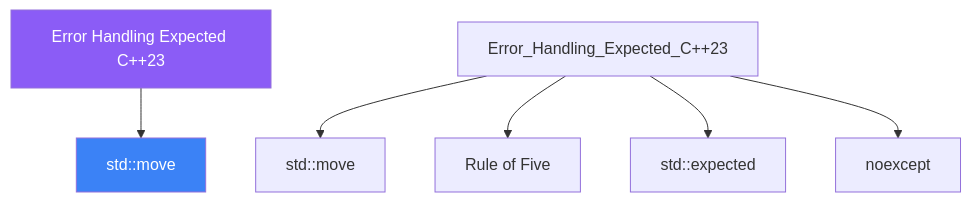
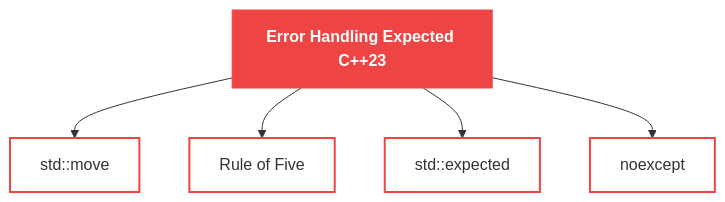
The diagram in mkdocs-site/docs/days/day-15/02-definition.md (AI-Maddy/Learn-Modern-CPP-OOP-30-Days), drawn with Mermaid before and after one commit. The commit also changed 99 other files, not shown here.

````diff
--- a/mkdocs-site/docs/days/day-15/02-definition.md
+++ b/mkdocs-site/docs/days/day-15/02-definition.md
@@ -104,10 +104,12 @@
 ```mermaid
 graph TD
-    ROOT["Error Handling Expected C++23"] --> A["std::move"]
-    Error_Handling_Expected_C++23 --> stdmove["std::move"]
-    Error_Handling_Expected_C++23 --> Rule_of_Five["Rule of Five"]
-    Error_Handling_Expected_C++23 --> stdexpected["std::expected"]
-    Error_Handling_Expected_C++23 --> noexcept["noexcept"]
-    style ROOT fill:#8b5cf6,color:#fff
-    style A    fill:#3b82f6,color:#fff
+    ROOT["Error Handling Expected C++23"]
+    ROOT --> n0["std::move"]
+    ROOT --> n1["Rule of Five"]
+    ROOT --> n2["std::expected"]
+    ROOT --> n3["noexcept"]
+    classDef topic fill:#ef4444,stroke:#ef4444,color:#ffffff,font-weight:bold
+    classDef concept fill:transparent,stroke:#ef4444,stroke-width:2px
+    class ROOT topic
+    class n0,n1,n2,n3 concept
 ```
````
